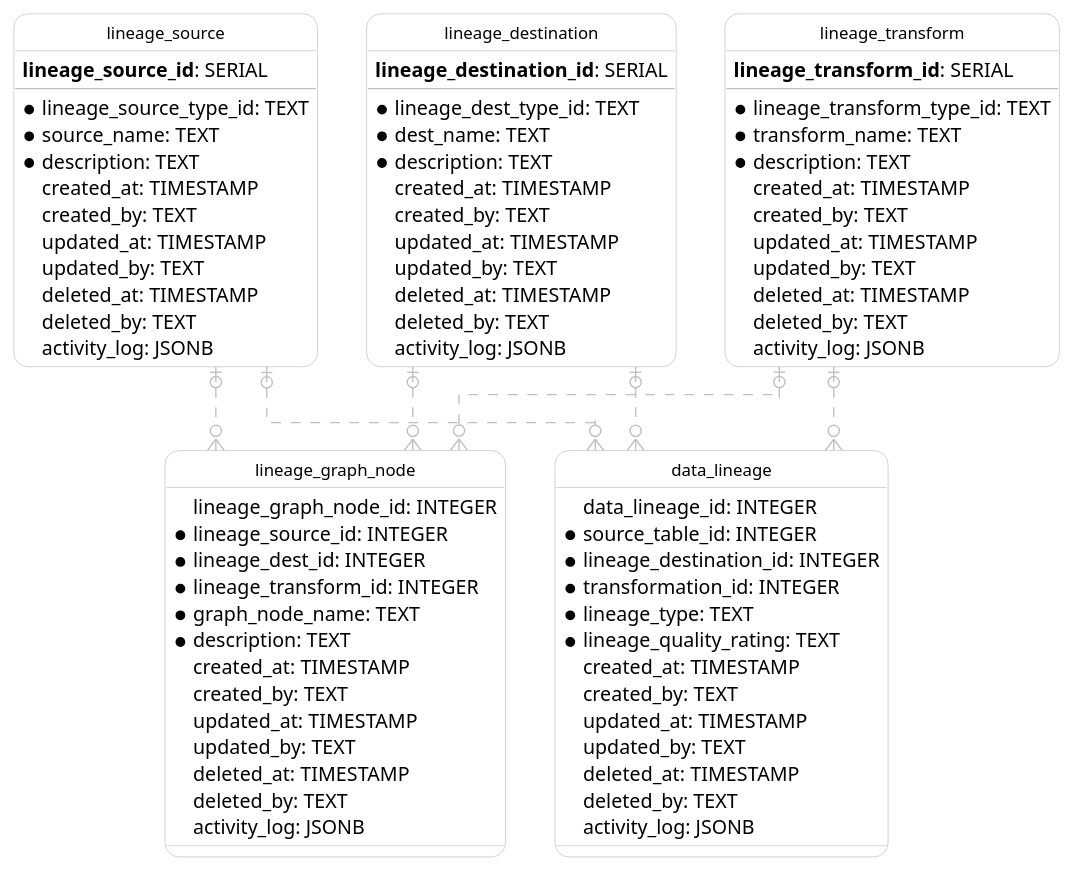
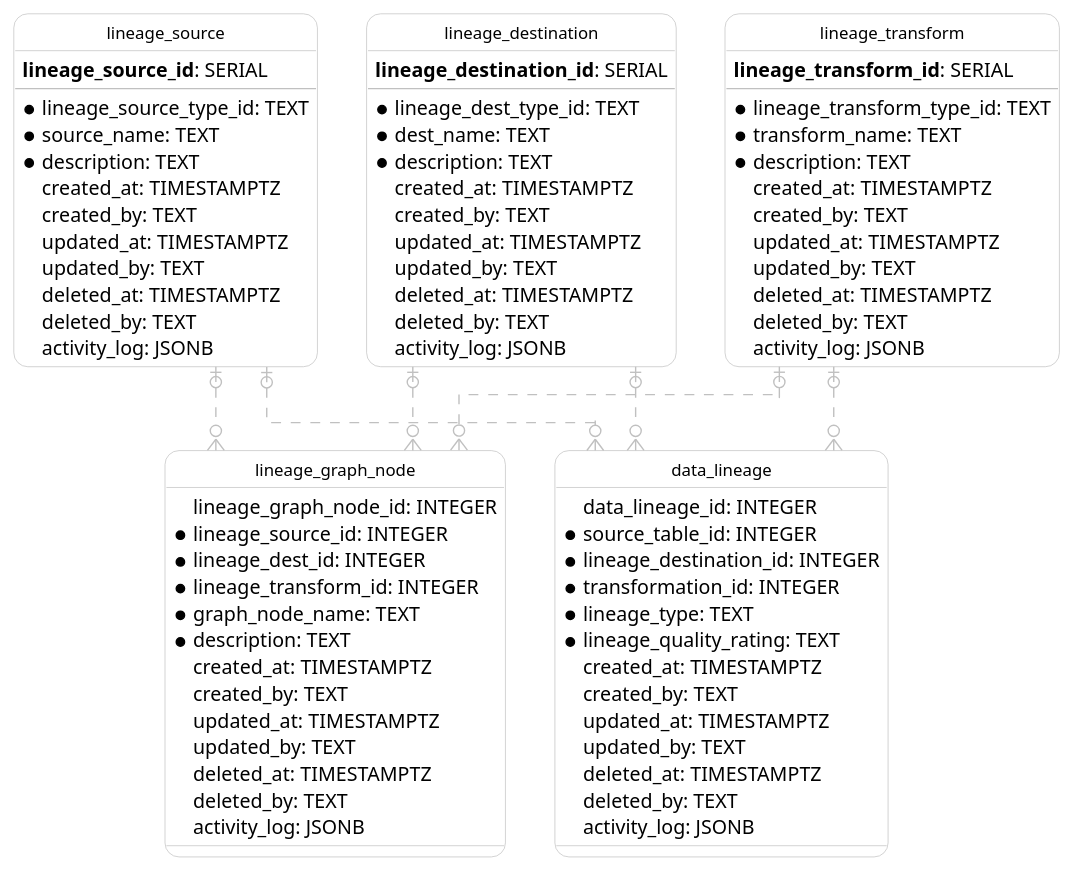
Before and after one commit to netspective-labs/sql-aide: the diagram in pattern/quality-system/models_test.fixture.puml, drawn with PlantUML. The commit also changed 26 other files, not shown here.

Commit message:
feat: update timestamp fields with timestamptz

```diff
--- a/pattern/quality-system/models_test.fixture.puml
+++ b/pattern/quality-system/models_test.fixture.puml
@@ -1,96 +1,96 @@
 @startuml IE
   hide circle
   skinparam linetype ortho
   skinparam roundcorner 20
   skinparam class {
     BackgroundColor White
     ArrowColor Silver
     BorderColor Silver
     FontColor Black
     FontSize 12
   }
 
   entity "lineage_source" as lineage_source {
       **lineage_source_id**: SERIAL
     --
     * lineage_source_type_id: TEXT
     * source_name: TEXT
     * description: TEXT
-      created_at: TIMESTAMP
+      created_at: TIMESTAMPTZ
       created_by: TEXT
-      updated_at: TIMESTAMP
+      updated_at: TIMESTAMPTZ
       updated_by: TEXT
-      deleted_at: TIMESTAMP
+      deleted_at: TIMESTAMPTZ
       deleted_by: TEXT
       activity_log: JSONB
   }
 
   entity "lineage_destination" as lineage_destination {
       **lineage_destination_id**: SERIAL
     --
     * lineage_dest_type_id: TEXT
     * dest_name: TEXT
     * description: TEXT
-      created_at: TIMESTAMP
+      created_at: TIMESTAMPTZ
       created_by: TEXT
-      updated_at: TIMESTAMP
+      updated_at: TIMESTAMPTZ
       updated_by: TEXT
-      deleted_at: TIMESTAMP
+      deleted_at: TIMESTAMPTZ
       deleted_by: TEXT
       activity_log: JSONB
   }
 
   entity "lineage_transform" as lineage_transform {
       **lineage_transform_id**: SERIAL
     --
     * lineage_transform_type_id: TEXT
     * transform_name: TEXT
     * description: TEXT
-      created_at: TIMESTAMP
+      created_at: TIMESTAMPTZ
       created_by: TEXT
-      updated_at: TIMESTAMP
+      updated_at: TIMESTAMPTZ
       updated_by: TEXT
-      deleted_at: TIMESTAMP
+      deleted_at: TIMESTAMPTZ
       deleted_by: TEXT
       activity_log: JSONB
   }
 
   entity "lineage_graph_node" as lineage_graph_node {
       lineage_graph_node_id: INTEGER
     * lineage_source_id: INTEGER
     * lineage_dest_id: INTEGER
     * lineage_transform_id: INTEGER
     * graph_node_name: TEXT
     * description: TEXT
-      created_at: TIMESTAMP
+      created_at: TIMESTAMPTZ
       created_by: TEXT
-      updated_at: TIMESTAMP
+      updated_at: TIMESTAMPTZ
       updated_by: TEXT
-      deleted_at: TIMESTAMP
+      deleted_at: TIMESTAMPTZ
       deleted_by: TEXT
       activity_log: JSONB
   }
 
   entity "data_lineage" as data_lineage {
       data_lineage_id: INTEGER
     * source_table_id: INTEGER
     * lineage_destination_id: INTEGER
     * transformation_id: INTEGER
     * lineage_type: TEXT
     * lineage_quality_rating: TEXT
-      created_at: TIMESTAMP
+      created_at: TIMESTAMPTZ
       created_by: TEXT
-      updated_at: TIMESTAMP
+      updated_at: TIMESTAMPTZ
       updated_by: TEXT
-      deleted_at: TIMESTAMP
+      deleted_at: TIMESTAMPTZ
       deleted_by: TEXT
       activity_log: JSONB
   }
 
   lineage_source |o..o{ lineage_graph_node
   lineage_destination |o..o{ lineage_graph_node
   lineage_transform |o..o{ lineage_graph_node
   lineage_source |o..o{ data_lineage
   lineage_destination |o..o{ data_lineage
   lineage_transform |o..o{ data_lineage
 @enduml
```
